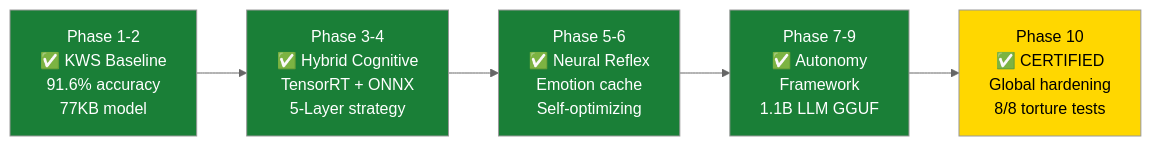
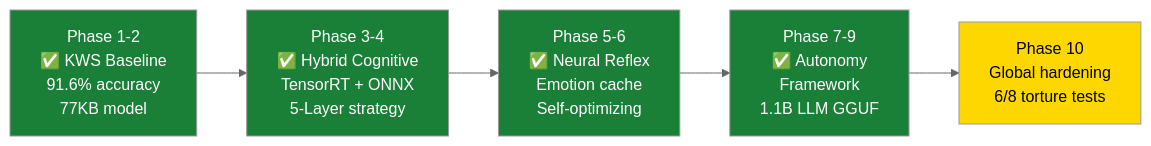
One commit to Ariyan-Pro/Edge-TinyML-Project changed the second of 4 diagrams in README.md. Above: the diagram before and after it, drawn with Mermaid (neutral theme). The commit also changed other lines of this file and 1 other file, not shown here.

````diff
--- a/README.md
+++ b/README.md
@@ -140,16 +134,16 @@
 ```mermaid
 flowchart LR
     P1["Phase 1-2\n✅ KWS Baseline\n91.6% accuracy\n77KB model"]
     P2["Phase 3-4\n✅ Hybrid Cognitive\nTensorRT + ONNX\n5-Layer strategy"]
     P3["Phase 5-6\n✅ Neural Reflex\nEmotion cache\nSelf-optimizing"]
     P4["Phase 7-9\n✅ Autonomy\nFramework\n1.1B LLM GGUF"]
-    P5["Phase 10\n✅ CERTIFIED\nGlobal hardening\n8/8 torture tests"]
+    P5["Phase 10\nGlobal hardening\n6/8 torture tests"]
 
     P1 --> P2 --> P3 --> P4 --> P5
 
     style P1 fill:#1a7f37,color:#fff
     style P2 fill:#1a7f37,color:#fff
     style P3 fill:#1a7f37,color:#fff
     style P4 fill:#1a7f37,color:#fff
     style P5 fill:#ffd700,color:#000
 ```
````
